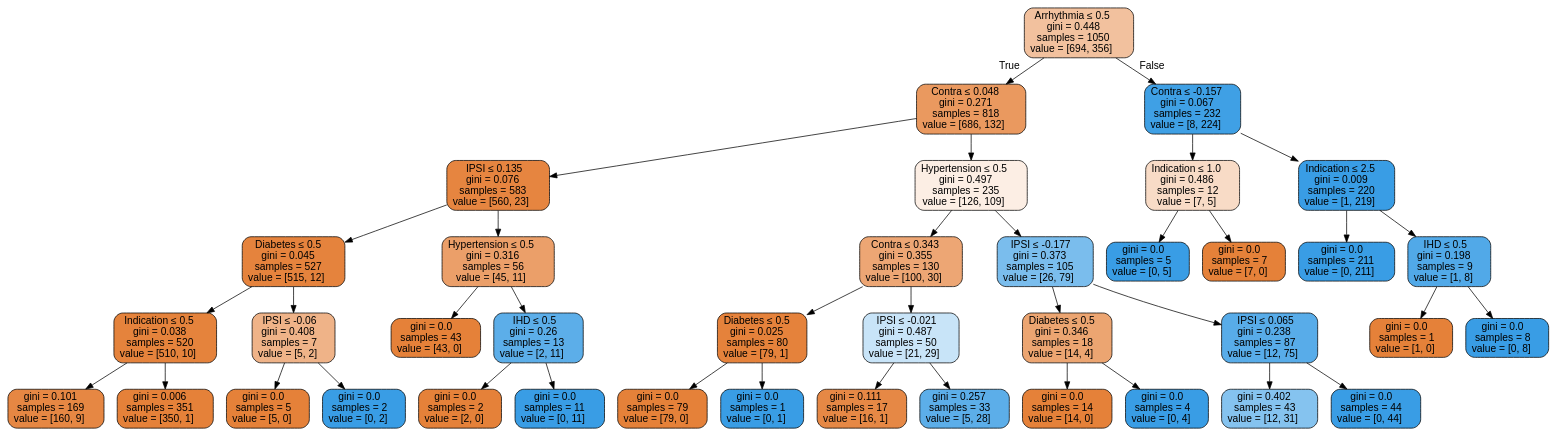
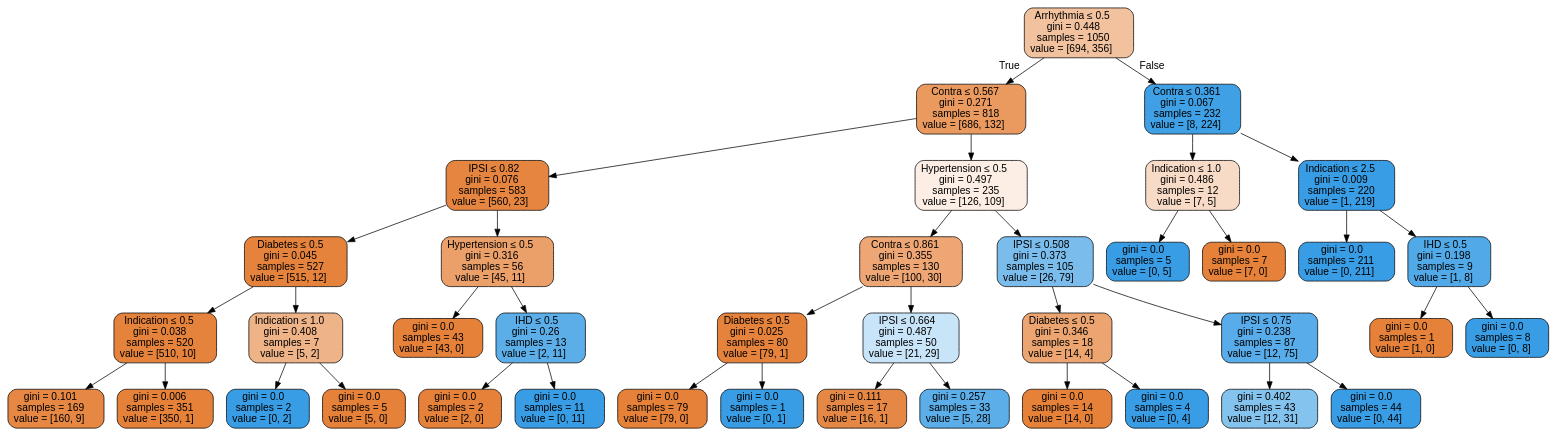
The diagram in tree.dot (bdavis9725/Medical-Data-Mining), drawn with Graphviz before and after one commit. The commit also changed 3 other files, not shown here.

```diff
--- a/tree.dot
+++ b/tree.dot
@@ -1,81 +1,81 @@
 digraph Tree {
 node [shape=box, style="filled, rounded", color="black", fontname=helvetica] ;
 edge [fontname=helvetica] ;
 0 [label=<Arrhythmia &le; 0.5<br/>gini = 0.448<br/>samples = 1050<br/>value = [694, 356]>, fillcolor="#e581397c"] ;
-1 [label=<Contra &le; 0.048<br/>gini = 0.271<br/>samples = 818<br/>value = [686, 132]>, fillcolor="#e58139ce"] ;
+1 [label=<Contra &le; 0.567<br/>gini = 0.271<br/>samples = 818<br/>value = [686, 132]>, fillcolor="#e58139ce"] ;
 0 -> 1 [labeldistance=2.5, labelangle=45, headlabel="True"] ;
-2 [label=<IPSI &le; 0.135<br/>gini = 0.076<br/>samples = 583<br/>value = [560, 23]>, fillcolor="#e58139f5"] ;
+2 [label=<IPSI &le; 0.82<br/>gini = 0.076<br/>samples = 583<br/>value = [560, 23]>, fillcolor="#e58139f5"] ;
 1 -> 2 ;
 3 [label=<Diabetes &le; 0.5<br/>gini = 0.045<br/>samples = 527<br/>value = [515, 12]>, fillcolor="#e58139f9"] ;
 2 -> 3 ;
 4 [label=<Indication &le; 0.5<br/>gini = 0.038<br/>samples = 520<br/>value = [510, 10]>, fillcolor="#e58139fa"] ;
 3 -> 4 ;
 5 [label=<gini = 0.101<br/>samples = 169<br/>value = [160, 9]>, fillcolor="#e58139f1"] ;
 4 -> 5 ;
 6 [label=<gini = 0.006<br/>samples = 351<br/>value = [350, 1]>, fillcolor="#e58139fe"] ;
 4 -> 6 ;
-7 [label=<IPSI &le; -0.06<br/>gini = 0.408<br/>samples = 7<br/>value = [5, 2]>, fillcolor="#e5813999"] ;
+7 [label=<Indication &le; 1.0<br/>gini = 0.408<br/>samples = 7<br/>value = [5, 2]>, fillcolor="#e5813999"] ;
 3 -> 7 ;
-8 [label=<gini = 0.0<br/>samples = 5<br/>value = [5, 0]>, fillcolor="#e58139ff"] ;
+8 [label=<gini = 0.0<br/>samples = 2<br/>value = [0, 2]>, fillcolor="#399de5ff"] ;
 7 -> 8 ;
-9 [label=<gini = 0.0<br/>samples = 2<br/>value = [0, 2]>, fillcolor="#399de5ff"] ;
+9 [label=<gini = 0.0<br/>samples = 5<br/>value = [5, 0]>, fillcolor="#e58139ff"] ;
 7 -> 9 ;
 10 [label=<Hypertension &le; 0.5<br/>gini = 0.316<br/>samples = 56<br/>value = [45, 11]>, fillcolor="#e58139c1"] ;
 2 -> 10 ;
 11 [label=<gini = 0.0<br/>samples = 43<br/>value = [43, 0]>, fillcolor="#e58139ff"] ;
 10 -> 11 ;
 12 [label=<IHD &le; 0.5<br/>gini = 0.26<br/>samples = 13<br/>value = [2, 11]>, fillcolor="#399de5d1"] ;
 10 -> 12 ;
 13 [label=<gini = 0.0<br/>samples = 2<br/>value = [2, 0]>, fillcolor="#e58139ff"] ;
 12 -> 13 ;
 14 [label=<gini = 0.0<br/>samples = 11<br/>value = [0, 11]>, fillcolor="#399de5ff"] ;
 12 -> 14 ;
 15 [label=<Hypertension &le; 0.5<br/>gini = 0.497<br/>samples = 235<br/>value = [126, 109]>, fillcolor="#e5813922"] ;
 1 -> 15 ;
-16 [label=<Contra &le; 0.343<br/>gini = 0.355<br/>samples = 130<br/>value = [100, 30]>, fillcolor="#e58139b3"] ;
+16 [label=<Contra &le; 0.861<br/>gini = 0.355<br/>samples = 130<br/>value = [100, 30]>, fillcolor="#e58139b3"] ;
 15 -> 16 ;
 17 [label=<Diabetes &le; 0.5<br/>gini = 0.025<br/>samples = 80<br/>value = [79, 1]>, fillcolor="#e58139fc"] ;
 16 -> 17 ;
 18 [label=<gini = 0.0<br/>samples = 79<br/>value = [79, 0]>, fillcolor="#e58139ff"] ;
 17 -> 18 ;
 19 [label=<gini = 0.0<br/>samples = 1<br/>value = [0, 1]>, fillcolor="#399de5ff"] ;
 17 -> 19 ;
-20 [label=<IPSI &le; -0.021<br/>gini = 0.487<br/>samples = 50<br/>value = [21, 29]>, fillcolor="#399de546"] ;
+20 [label=<IPSI &le; 0.664<br/>gini = 0.487<br/>samples = 50<br/>value = [21, 29]>, fillcolor="#399de546"] ;
 16 -> 20 ;
 21 [label=<gini = 0.111<br/>samples = 17<br/>value = [16, 1]>, fillcolor="#e58139ef"] ;
 20 -> 21 ;
 22 [label=<gini = 0.257<br/>samples = 33<br/>value = [5, 28]>, fillcolor="#399de5d1"] ;
 20 -> 22 ;
-23 [label=<IPSI &le; -0.177<br/>gini = 0.373<br/>samples = 105<br/>value = [26, 79]>, fillcolor="#399de5ab"] ;
+23 [label=<IPSI &le; 0.508<br/>gini = 0.373<br/>samples = 105<br/>value = [26, 79]>, fillcolor="#399de5ab"] ;
 15 -> 23 ;
 24 [label=<Diabetes &le; 0.5<br/>gini = 0.346<br/>samples = 18<br/>value = [14, 4]>, fillcolor="#e58139b6"] ;
 23 -> 24 ;
 25 [label=<gini = 0.0<br/>samples = 14<br/>value = [14, 0]>, fillcolor="#e58139ff"] ;
 24 -> 25 ;
 26 [label=<gini = 0.0<br/>samples = 4<br/>value = [0, 4]>, fillcolor="#399de5ff"] ;
 24 -> 26 ;
-27 [label=<IPSI &le; 0.065<br/>gini = 0.238<br/>samples = 87<br/>value = [12, 75]>, fillcolor="#399de5d6"] ;
+27 [label=<IPSI &le; 0.75<br/>gini = 0.238<br/>samples = 87<br/>value = [12, 75]>, fillcolor="#399de5d6"] ;
 23 -> 27 ;
 28 [label=<gini = 0.402<br/>samples = 43<br/>value = [12, 31]>, fillcolor="#399de59c"] ;
 27 -> 28 ;
 29 [label=<gini = 0.0<br/>samples = 44<br/>value = [0, 44]>, fillcolor="#399de5ff"] ;
 27 -> 29 ;
-30 [label=<Contra &le; -0.157<br/>gini = 0.067<br/>samples = 232<br/>value = [8, 224]>, fillcolor="#399de5f6"] ;
+30 [label=<Contra &le; 0.361<br/>gini = 0.067<br/>samples = 232<br/>value = [8, 224]>, fillcolor="#399de5f6"] ;
 0 -> 30 [labeldistance=2.5, labelangle=-45, headlabel="False"] ;
 31 [label=<Indication &le; 1.0<br/>gini = 0.486<br/>samples = 12<br/>value = [7, 5]>, fillcolor="#e5813949"] ;
 30 -> 31 ;
 32 [label=<gini = 0.0<br/>samples = 5<br/>value = [0, 5]>, fillcolor="#399de5ff"] ;
 31 -> 32 ;
 33 [label=<gini = 0.0<br/>samples = 7<br/>value = [7, 0]>, fillcolor="#e58139ff"] ;
 31 -> 33 ;
 34 [label=<Indication &le; 2.5<br/>gini = 0.009<br/>samples = 220<br/>value = [1, 219]>, fillcolor="#399de5fe"] ;
 30 -> 34 ;
 35 [label=<gini = 0.0<br/>samples = 211<br/>value = [0, 211]>, fillcolor="#399de5ff"] ;
 34 -> 35 ;
 36 [label=<IHD &le; 0.5<br/>gini = 0.198<br/>samples = 9<br/>value = [1, 8]>, fillcolor="#399de5df"] ;
 34 -> 36 ;
 37 [label=<gini = 0.0<br/>samples = 1<br/>value = [1, 0]>, fillcolor="#e58139ff"] ;
 36 -> 37 ;
 38 [label=<gini = 0.0<br/>samples = 8<br/>value = [0, 8]>, fillcolor="#399de5ff"] ;
 36 -> 38 ;
 }
```
